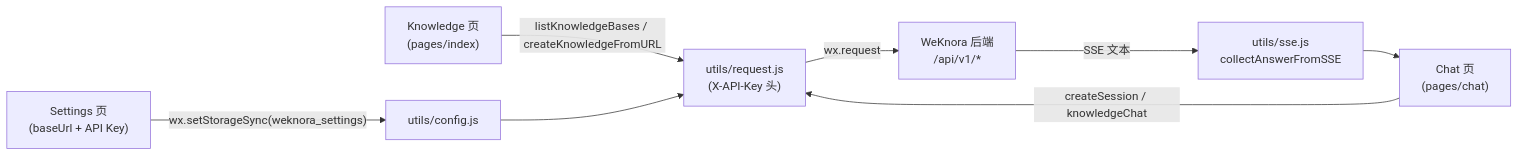
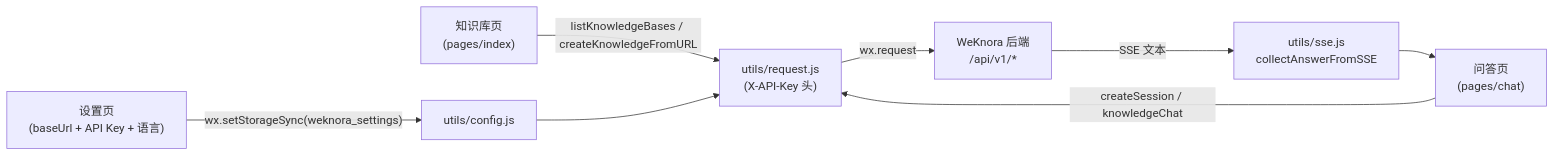
One commit to michadel/WeKnora changed the diagram in website-docs/05-clients/04-miniprogram.md. Above: the diagram before and after it, drawn with Mermaid. The commit also changed other lines of this file and 125 other files, not shown here.

````diff
--- a/website-docs/05-clients/04-miniprogram.md
+++ b/website-docs/05-clients/04-miniprogram.md
@@ -99,10 +105,10 @@
 ```mermaid
 flowchart LR
-    S["Settings 页<br/>(baseUrl + API Key)"] -->|"wx.setStorageSync(weknora_settings)"| C["utils/config.js"]
-    K["Knowledge 页<br/>(pages/index)"] -->|"listKnowledgeBases / createKnowledgeFromURL"| R["utils/request.js<br/>(X-API-Key 头)"]
-    Q["Chat 页<br/>(pages/chat)"] -->|"createSession / knowledgeChat"| R
+    S["设置页<br/>(baseUrl + API Key + 语言)"] -->|"wx.setStorageSync(weknora_settings)"| C["utils/config.js"]
+    K["知识库页<br/>(pages/index)"] -->|"listKnowledgeBases / createKnowledgeFromURL"| R["utils/request.js<br/>(X-API-Key 头)"]
+    Q["问答页<br/>(pages/chat)"] -->|"createSession / knowledgeChat"| R
     R -->|"wx.request"| B["WeKnora 后端<br/>/api/v1/*"]
     B -->|"SSE 文本"| P["utils/sse.js<br/>collectAnswerFromSSE"]
     P --> Q
     C --> R
 ```
````
